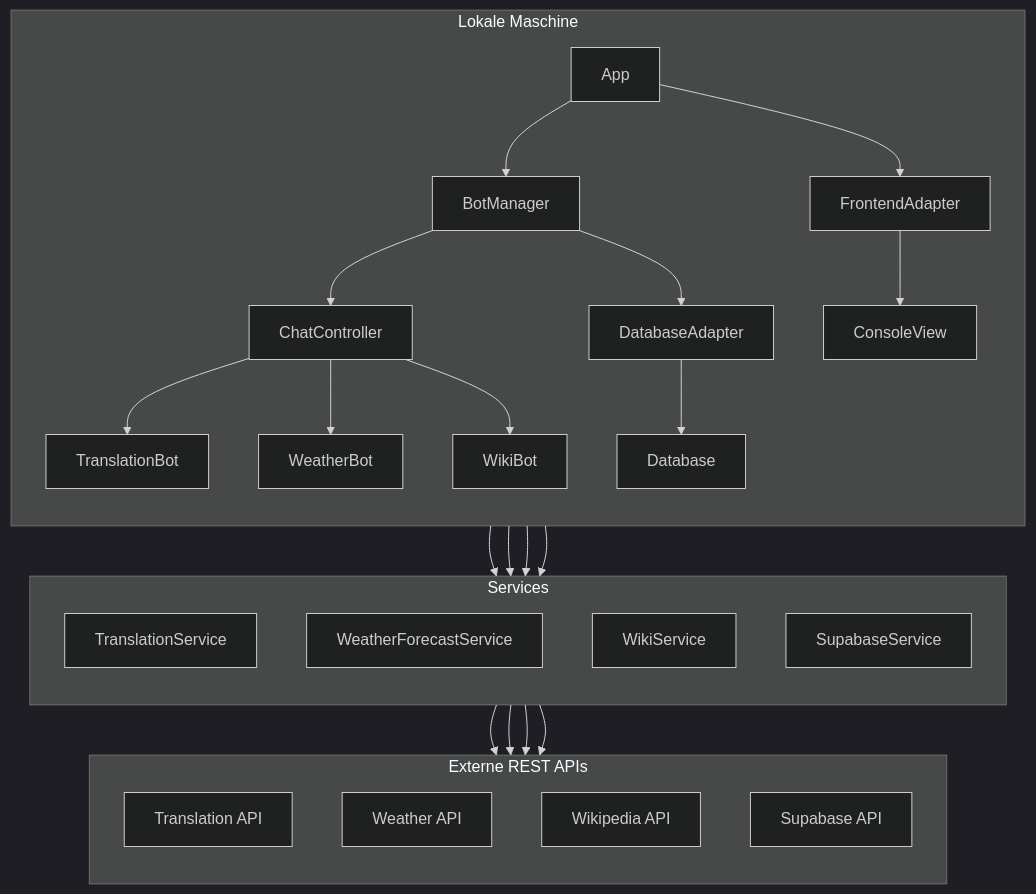
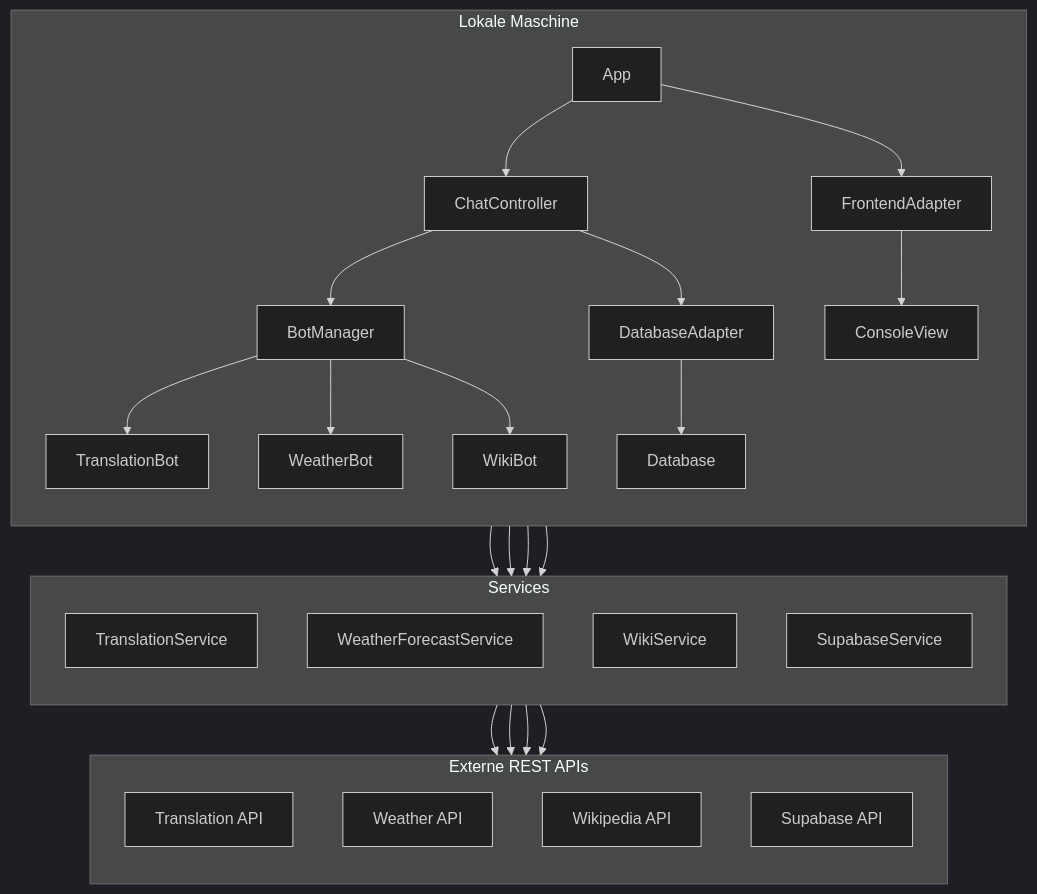
Before and after one commit to Connorh1603/Tankstellen-Projektarbeit: the sixth of 6 diagrams in documentation/1,9Infrasturktursicht.md, drawn with Mermaid (dark theme).

````diff
--- a/documentation/1,9Infrasturktursicht.md
+++ b/documentation/1,9Infrasturktursicht.md
@@ -258,32 +258,33 @@
 ```mermaid
 graph TD
     subgraph "Lokale Maschine"
         direction TB
-        A[App] --> B[BotManager]
-        B --> C[ChatController]
+        A[App] --> C[ChatController]
+        C --> B[BotManager]
         A --> D[FrontendAdapter]
         D --> E[ConsoleView]
-        C --> F[TranslationBot]
-        C --> G[WeatherBot]
-        C --> H[WikiBot]
-        B --> I[DatabaseAdapter]
+        B --> F[TranslationBot]
+        B --> G[WeatherBot]
+        B --> H[WikiBot]
+        C --> I[DatabaseAdapter]
         I --> J[Database]
     end
 
     subgraph "Services"
         direction TB
         F --> K[TranslationService]
         G --> L[WeatherForecastService]
         H --> M[WikiService]
         I --> N[SupabaseService]
     end
 
     subgraph "Externe REST APIs"
         direction TB
         K --> O[Translation API]
         L --> P[Weather API]
         M --> Q[Wikipedia API]
         N --> R[Supabase API]
     end
 
+
 ```
````
